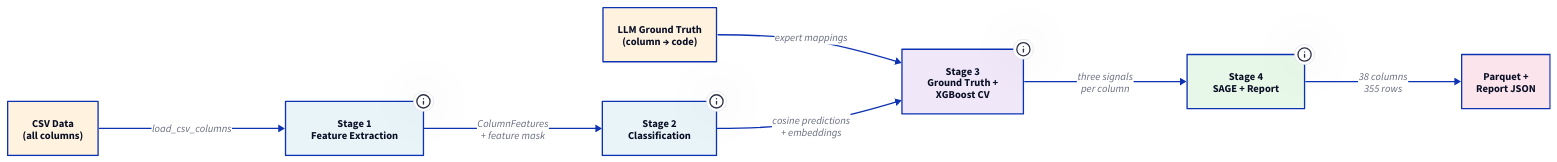
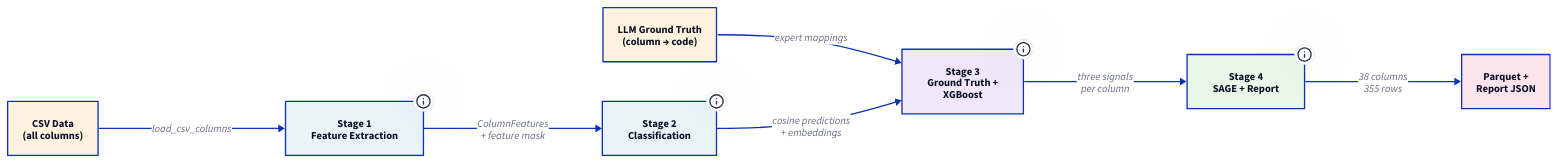
Before and after one commit to weathership/signals: the diagram in docs/current/src/architecture/context-engineering.md, drawn with D2. The commit also changed other lines of this file and 5 other files, not shown here.

````diff
--- a/docs/current/src/architecture/context-engineering.md
+++ b/docs/current/src/architecture/context-engineering.md
@@ -85,42 +85,42 @@
 ```d2
 direction: right
 
 s1: "Stage 1\nFeature Extraction" {
   tooltip: "ColumnSample + siblings → ColumnFeatures (11 discrete, ablatable features)"
   style.fill: "#e8f4f8"
 }
 
 s2: "Stage 2\nClassification" {
   tooltip: "Cosine embedding similarity + name-match boost"
   style.fill: "#e8f4f8"
 }
 
-s3: "Stage 3\nGround Truth +\nXGBoost CV" {
-  tooltip: "LLM GT evaluation + augmented k-fold cross-validated ML predictions"
+s3: "Stage 3\nGround Truth +\nXGBoost" {
+  tooltip: "LLM GT evaluation + XGBoost (CV or train→eval with synthetic data)"
   style.fill: "#f0e8f8"
 }
 
 s4: "Stage 4\nSAGE + Report" {
   tooltip: "SAGE feature importance (pseudo-GT) + JSON report + parquet output"
   style.fill: "#e8f8e8"
 }
 
 csv: "CSV Data\n(all columns)" {
   style.fill: "#fff3e0"
 }
 
 gt: "LLM Ground Truth\n(column → code)" {
   style.fill: "#fff3e0"
 }
 
 out: "Parquet +\nReport JSON" {
   style.fill: "#fce4ec"
 }
 
 csv -> s1: "load_csv_columns"
 s1 -> s2: "ColumnFeatures\n+ feature mask"
 gt -> s3: "expert mappings"
 s2 -> s3: "cosine predictions\n+ embeddings"
 s3 -> s4: "three signals\nper column"
 s4 -> out: "38 columns\n355 rows"
 ```
````
